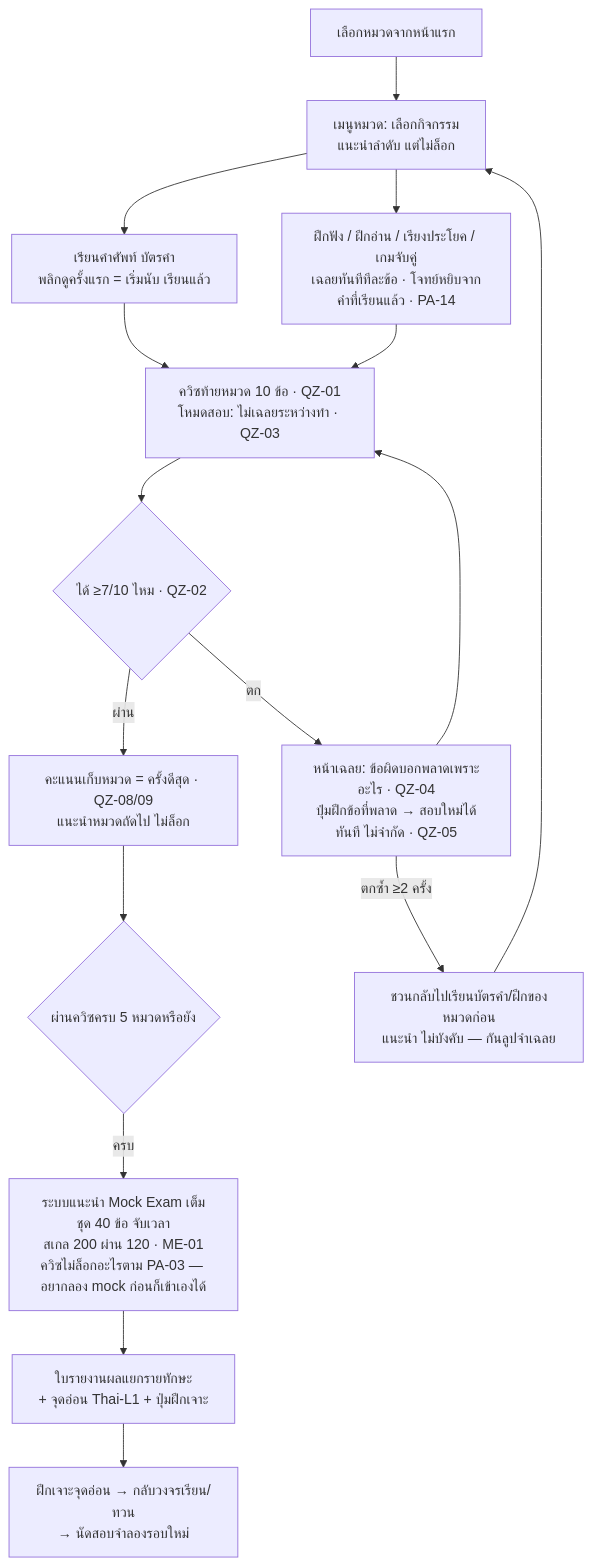
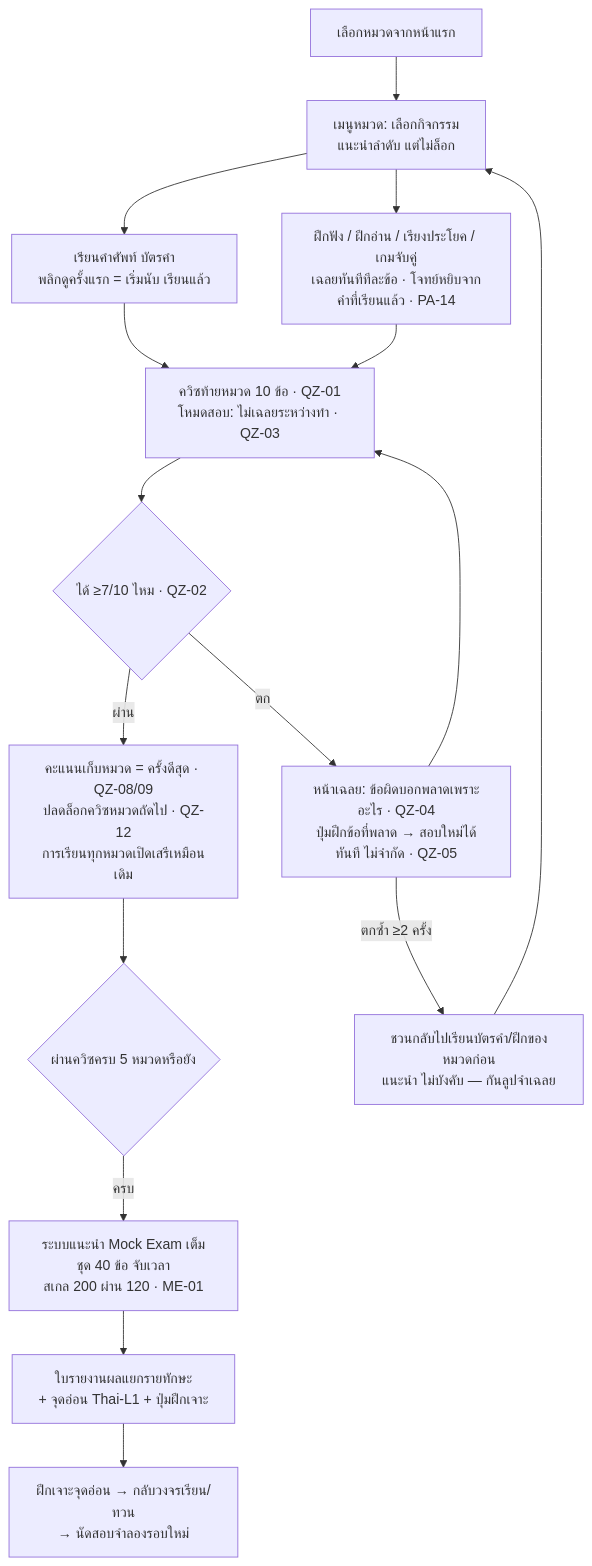
The third of 6 diagrams in docs/08_สเปค-พัฒนา/โฟลว์ผู้ใช้-สิทธิ์แอดมิน.md (barbon441/Intelligent-Chinese-Tutoring-System-for-Thai-Learners), drawn with Mermaid before and after one commit. The commit also changed 5 other files, not shown here.

````diff
--- a/docs/08_สเปค-พัฒนา/โฟลว์ผู้ใช้-สิทธิ์แอดมิน.md
+++ b/docs/08_สเปค-พัฒนา/โฟลว์ผู้ใช้-สิทธิ์แอดมิน.md
@@ -97,18 +97,18 @@
 ```mermaid
 flowchart TD
     A[เลือกหมวดจากหน้าแรก] --> B[เมนูหมวด: เลือกกิจกรรม<br/>แนะนำลำดับ แต่ไม่ล็อก]
     B --> C[เรียนคำศัพท์ บัตรคำ<br/>พลิกดูครั้งแรก = เริ่มนับ เรียนแล้ว]
     B --> D[ฝึกฟัง / ฝึกอ่าน / เรียงประโยค / เกมจับคู่<br/>เฉลยทันทีทีละข้อ · โจทย์หยิบจากคำที่เรียนแล้ว · PA-14]
     C --> E[ควิซท้ายหมวด 10 ข้อ · QZ-01<br/>โหมดสอบ: ไม่เฉลยระหว่างทำ · QZ-03]
     D --> E
     E --> F{ได้ ≥7/10 ไหม · QZ-02}
-    F -- ผ่าน --> G[คะแนนเก็บหมวด = ครั้งดีสุด · QZ-08/09<br/>แนะนำหมวดถัดไป ไม่ล็อก]
+    F -- ผ่าน --> G[คะแนนเก็บหมวด = ครั้งดีสุด · QZ-08/09<br/>ปลดล็อกควิซหมวดถัดไป · QZ-12<br/>การเรียนทุกหมวดเปิดเสรีเหมือนเดิม]
     F -- ตก --> H[หน้าเฉลย: ข้อผิดบอกพลาดเพราะอะไร · QZ-04<br/>ปุ่มฝึกข้อที่พลาด → สอบใหม่ได้ทันที ไม่จำกัด · QZ-05]
     H -- ตกซ้ำ ≥2 ครั้ง --> H2[ชวนกลับไปเรียนบัตรคำ/ฝึกของหมวดก่อน<br/>แนะนำ ไม่บังคับ — กันลูปจำเฉลย]
     H --> E
     H2 --> B
     G --> I{ผ่านควิซครบ 5 หมวดหรือยัง}
-    I -- ครบ --> J[ระบบแนะนำ Mock Exam เต็มชุด 40 ข้อ จับเวลา<br/>สเกล 200 ผ่าน 120 · ME-01<br/>ควิซไม่ล็อกอะไรตาม PA-03 — อยากลอง mock ก่อนก็เข้าเองได้]
+    I -- ครบ --> J[ระบบแนะนำ Mock Exam เต็มชุด 40 ข้อ จับเวลา<br/>สเกล 200 ผ่าน 120 · ME-01]
     J --> K[ใบรายงานผลแยกรายทักษะ<br/>+ จุดอ่อน Thai-L1 + ปุ่มฝึกเจาะ]
     K --> L[ฝึกเจาะจุดอ่อน → กลับวงจรเรียน/ทวน<br/>→ นัดสอบจำลองรอบใหม่]
 ```
````
